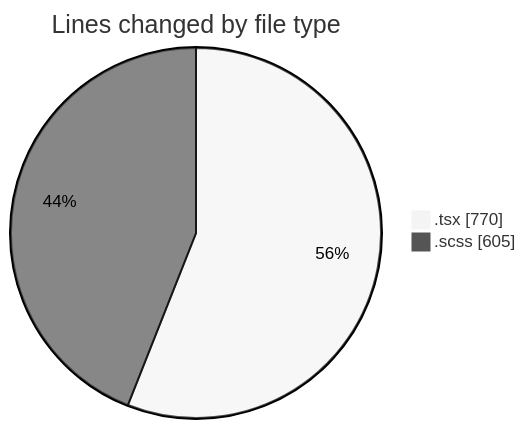
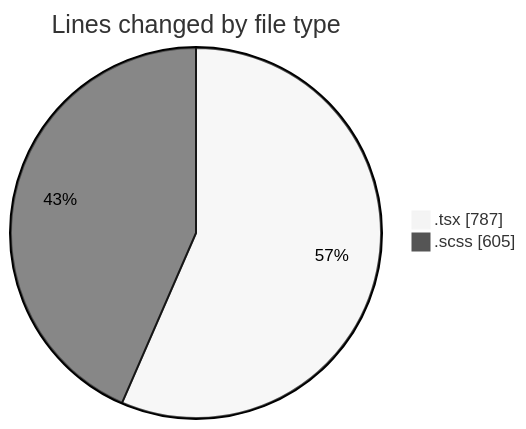
One commit to momahboobian/code-tracking changed the first of 2 diagrams in 2025-03-27/cda/README.md. Above: the diagram before and after it, drawn with Mermaid (neutral theme). The commit also changed other lines of this file and 1 other file, not shown here.

````diff
--- a/2025-03-27/cda/README.md
+++ b/2025-03-27/cda/README.md
@@ -22,6 +22,6 @@
 ```mermaid
 pie showData
 title Lines changed by file type
-".tsx" : 770
+".tsx" : 787
 ".scss" : 605
 ```
````
